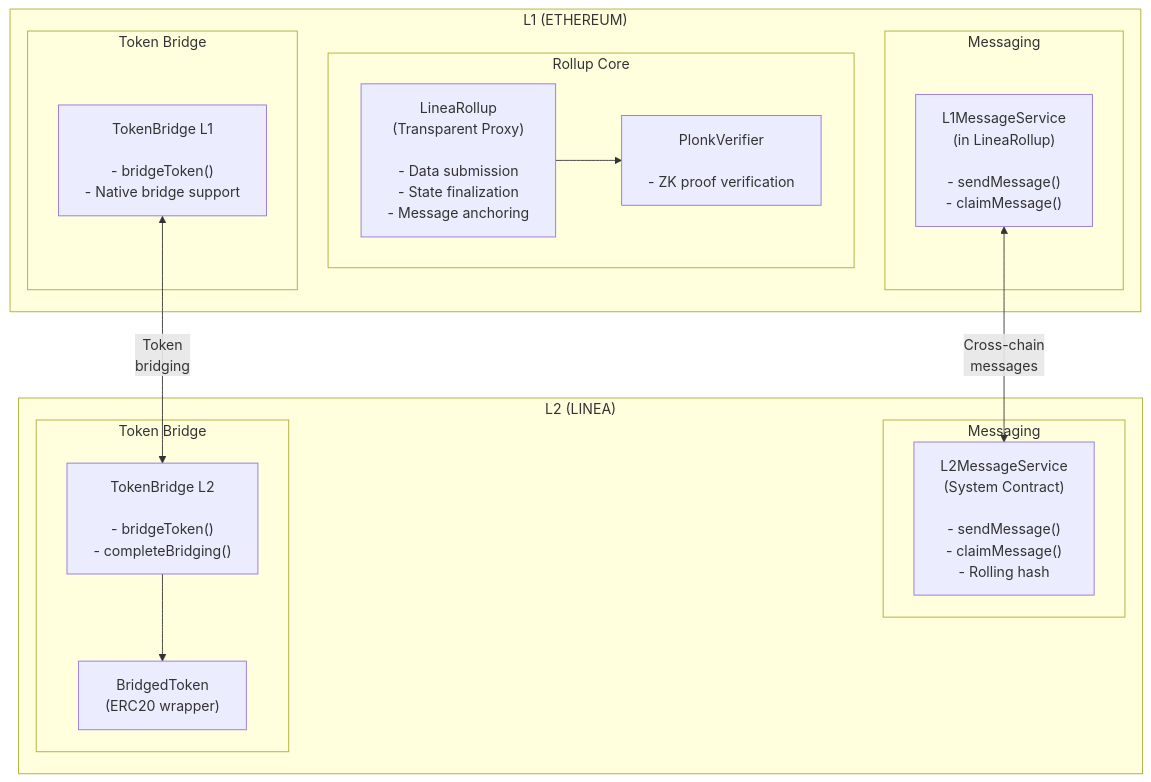
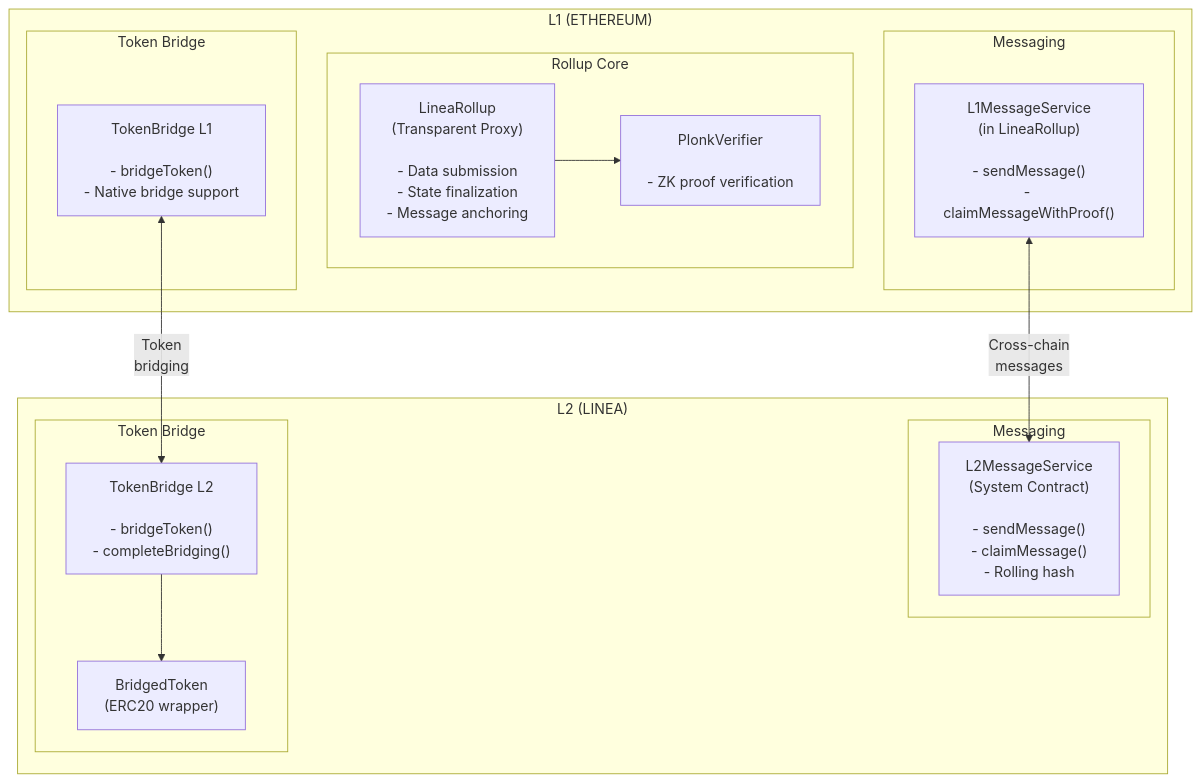
Before and after one commit to Consensys/linea-monorepo: the diagram in documentation/diagrams/contracts-architecture.mmd, drawn with Mermaid. The commit also changed 5 other files, not shown here.

Commit message:
claimMessageWithProof

```diff
--- a/documentation/diagrams/contracts-architecture.mmd
+++ b/documentation/diagrams/contracts-architecture.mmd
@@ -1,34 +1,34 @@
 %% Smart Contracts Architecture
 flowchart TB
     subgraph L1["L1 (ETHEREUM)"]
         subgraph Rollup["Rollup Core"]
             LineaRollup["LineaRollup<br/>(Transparent Proxy)<br/><br/>- Data submission<br/>- State finalization<br/>- Message anchoring"]
             PlonkVerifier["PlonkVerifier<br/><br/>- ZK proof verification"]
         end
 
         subgraph MessagingL1["Messaging"]
-            L1MessageService["L1MessageService<br/>(in LineaRollup)<br/><br/>- sendMessage()<br/>- claimMessage()"]
+            L1MessageService["L1MessageService<br/>(in LineaRollup)<br/><br/>- sendMessage()<br/>- claimMessageWithProof()"]
         end
 
         subgraph BridgeL1["Token Bridge"]
             TokenBridgeL1["TokenBridge L1<br/><br/>- bridgeToken()<br/>- Native bridge support"]
         end
 
         LineaRollup --> PlonkVerifier
     end
 
     subgraph L2["L2 (LINEA)"]
         subgraph MessagingL2["Messaging"]
             L2MessageService["L2MessageService<br/>(System Contract)<br/><br/>- sendMessage()<br/>- claimMessage()<br/>- Rolling hash"]
         end
 
         subgraph BridgeL2["Token Bridge"]
             TokenBridgeL2["TokenBridge L2<br/><br/>- bridgeToken()<br/>- completeBridging()"]
             BridgedToken["BridgedToken<br/>(ERC20 wrapper)"]
         end
 
         TokenBridgeL2 --> BridgedToken
     end
 
     L1MessageService <-->|"Cross-chain<br/>messages"| L2MessageService
     TokenBridgeL1 <-->|"Token<br/>bridging"| TokenBridgeL2
```
